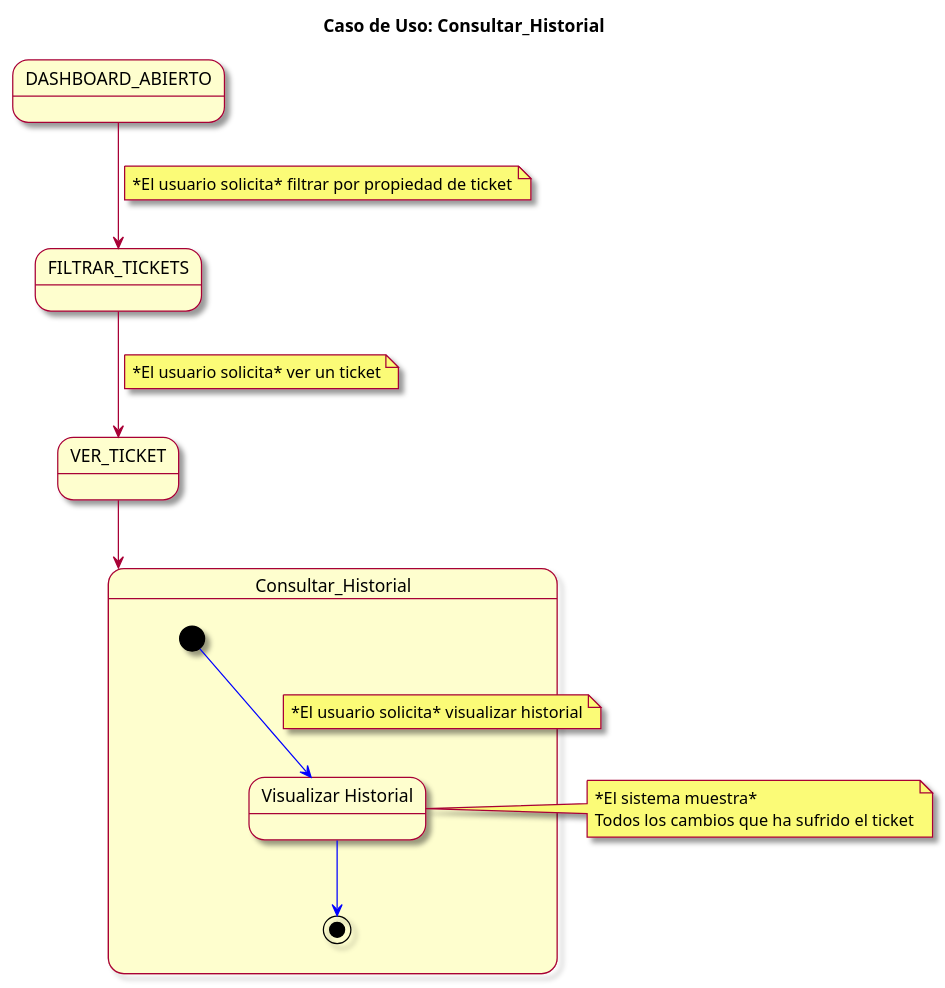
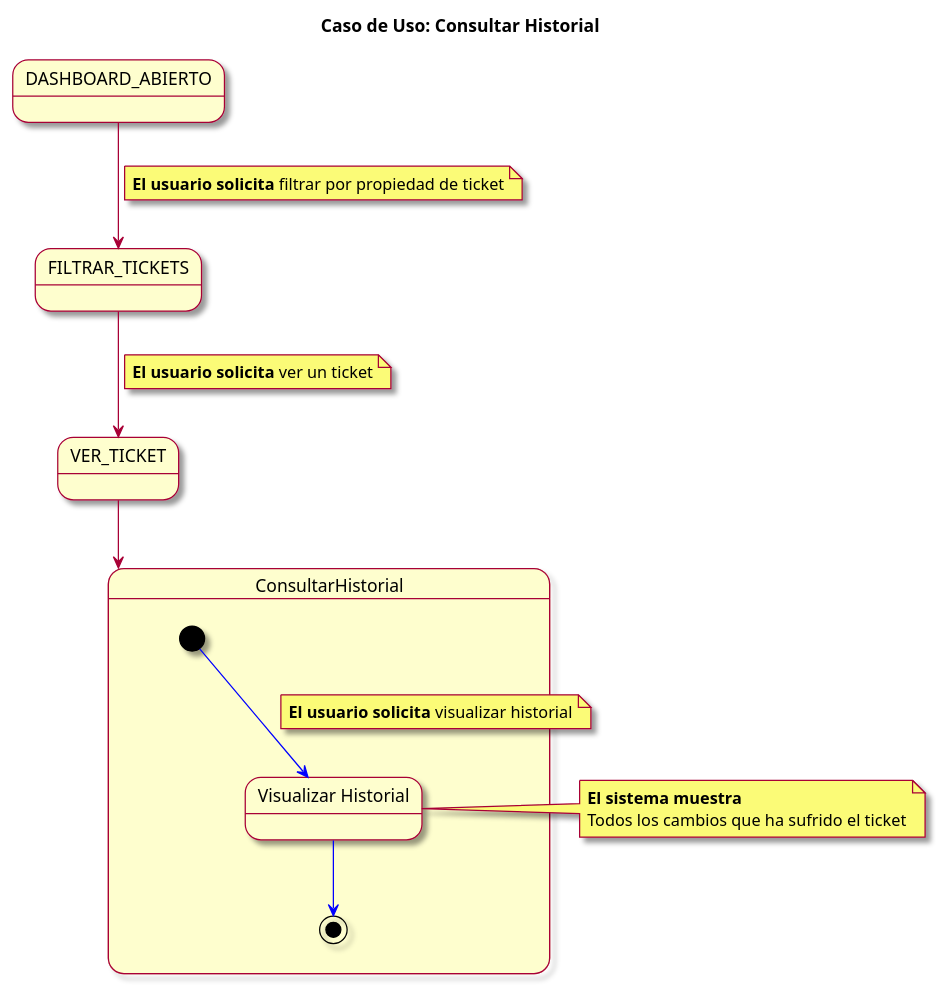
The diagram in modelosUML/CasosDeUsos/CasosDetallados/ConsultarHistorial.puml (mmasias/23-24-IdSw1-SDR), drawn with PlantUML before and after one commit. The commit also changed 1 other file, not shown here.

Commit message:
cambios de negrita en el diagrama de consultar historial

```diff
--- a/modelosUML/CasosDeUsos/CasosDetallados/ConsultarHistorial.puml
+++ b/modelosUML/CasosDeUsos/CasosDetallados/ConsultarHistorial.puml
@@ -1,27 +1,27 @@
 @startuml
 skin rose
-title Caso de Uso: Consultar_Historial
+title Caso de Uso: Consultar Historial
 
 state DASHBOARD_ABIERTO
 
 
 DASHBOARD_ABIERTO --> FILTRAR_TICKETS
-note on link: *El usuario solicita* filtrar por propiedad de ticket
+note on link: **El usuario solicita** filtrar por propiedad de ticket
 FILTRAR_TICKETS --> VER_TICKET
-note on link: *El usuario solicita* ver un ticket
-VER_TICKET --> Consultar_Historial
+note on link: **El usuario solicita** ver un ticket
+VER_TICKET --> ConsultarHistorial
 
-state Consultar_Historial {
+state ConsultarHistorial {
   [*] -[#blue]-> visualizarHistorial
-  note on link: *El usuario solicita* visualizar historial
+  note on link: **El usuario solicita** visualizar historial
   state "Visualizar Historial" as visualizarHistorial
   visualizarHistorial -[#blue]-> [*]
 }
 
 note right of visualizarHistorial
-  *El sistema muestra*
+  **El sistema muestra**
   Todos los cambios que ha sufrido el ticket
 end note
 
 
 @enduml
```
